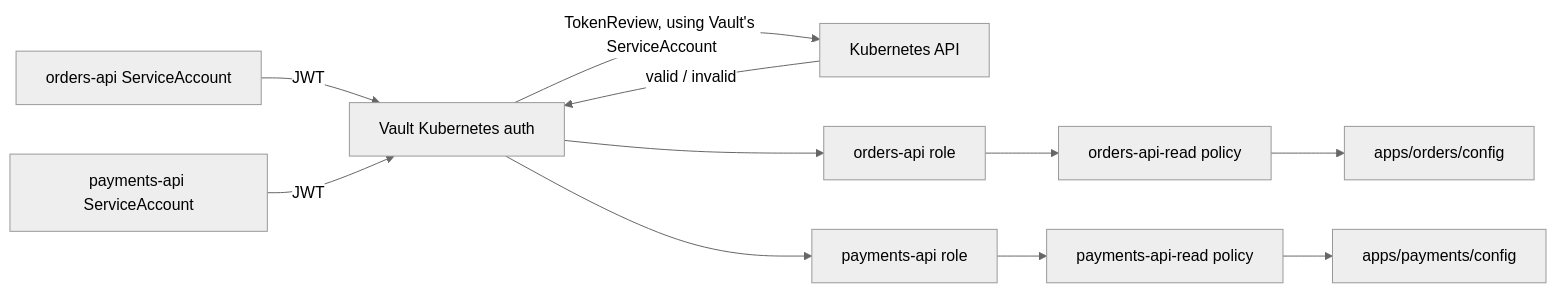
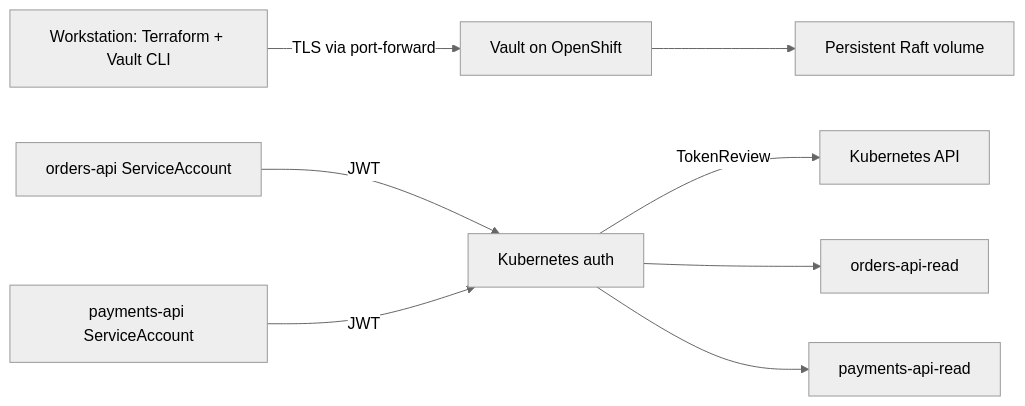
Before and after one commit to isakpet-irori/hashicorp-vault-lab: the diagram in OPENSHIFT_KUBERNETES_AUTH.md, drawn with Mermaid (neutral theme). The commit also changed other lines of this file and 21 other files, not shown here.

````diff
--- a/OPENSHIFT_KUBERNETES_AUTH.md
+++ b/OPENSHIFT_KUBERNETES_AUTH.md
@@ -8,13 +11,10 @@
 ```mermaid
 flowchart LR
-    OrdersSA["orders-api ServiceAccount"] -->|"JWT"| Login["Vault Kubernetes auth"]
-    PaymentsSA["payments-api ServiceAccount"] -->|"JWT"| Login
-    Login -->|"TokenReview, using Vault's ServiceAccount"| KubeAPI["Kubernetes API"]
-    KubeAPI -->|"valid / invalid"| Login
-    Login --> OrdersRole["orders-api role"]
-    Login --> PaymentsRole["payments-api role"]
-    OrdersRole --> OrdersPolicy["orders-api-read policy"]
-    PaymentsRole --> PaymentsPolicy["payments-api-read policy"]
-    OrdersPolicy --> OrdersData["apps/orders/config"]
-    PaymentsPolicy --> PaymentsData["apps/payments/config"]
+    Client["Workstation: Terraform + Vault CLI"] -->|"TLS via port-forward"| Vault["Vault on OpenShift"]
+    Vault --> Raft["Persistent Raft volume"]
+    Orders["orders-api ServiceAccount"] -->|"JWT"| Auth["Kubernetes auth"]
+    Payments["payments-api ServiceAccount"] -->|"JWT"| Auth
+    Auth -->|"TokenReview"| API["Kubernetes API"]
+    Auth --> OrdersPolicy["orders-api-read"]
+    Auth --> PaymentsPolicy["payments-api-read"]
 ```
````
